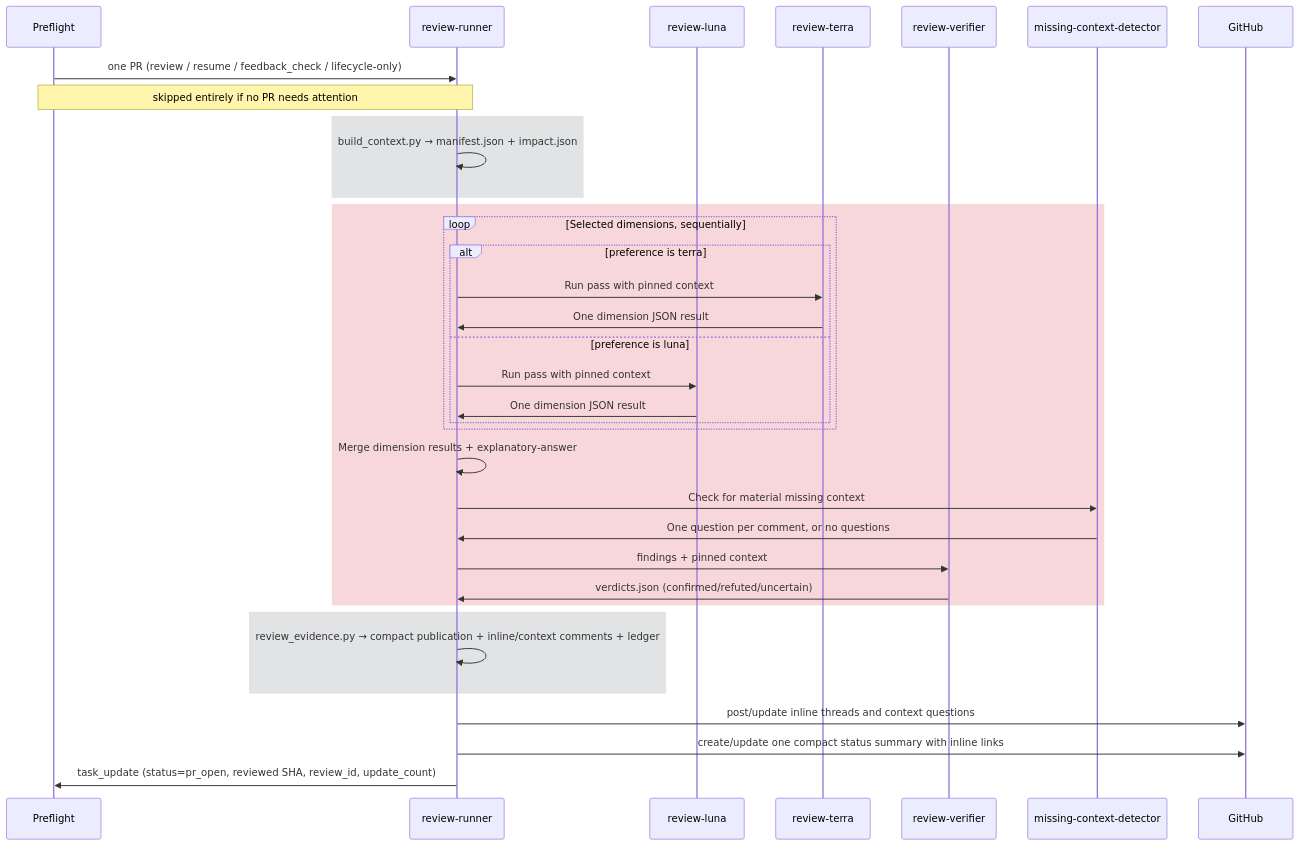
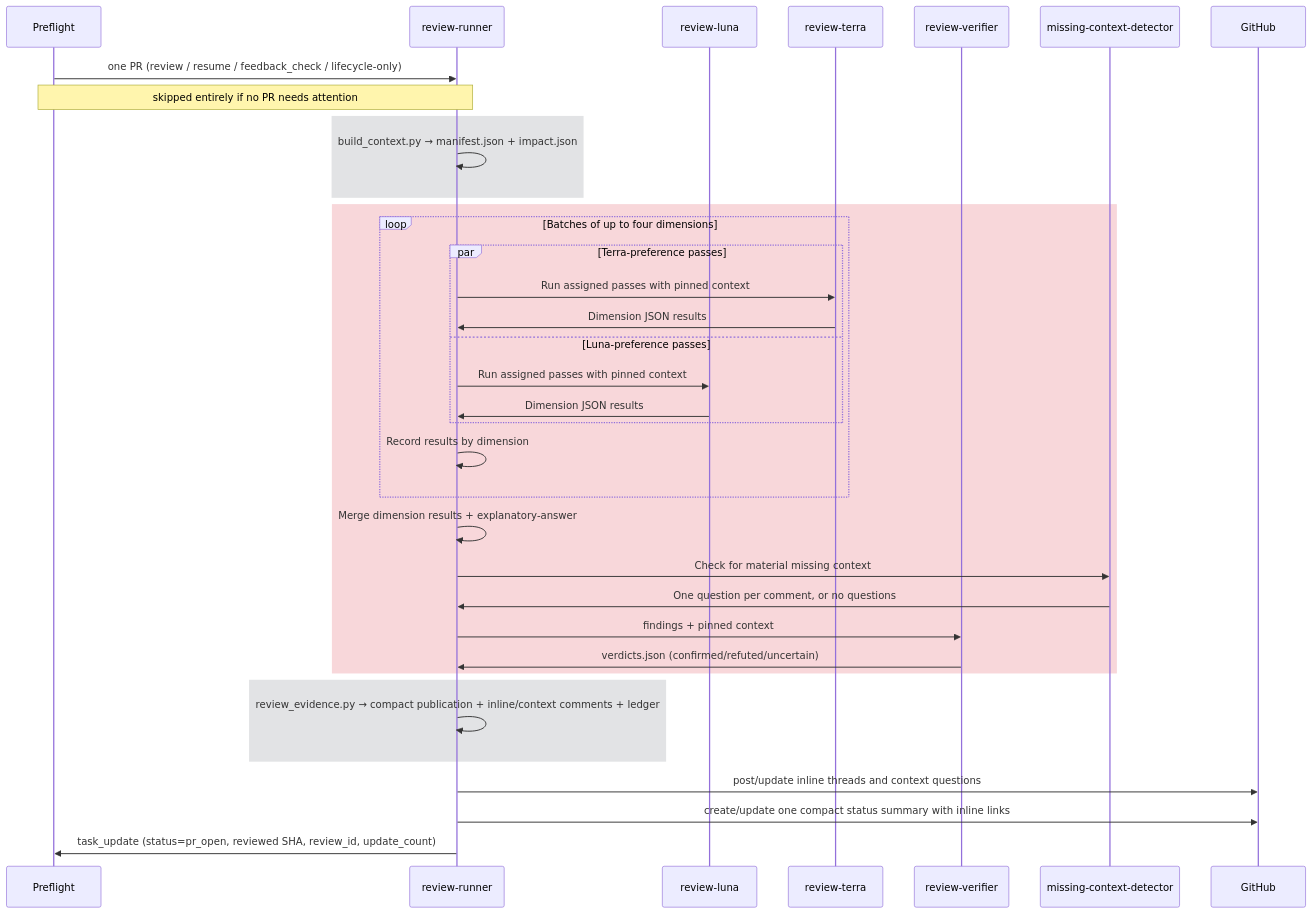
Before and after one commit to RedHatInsights/fabric-access-ai-dev: the fourth of 4 diagrams in instance/rbac-config-review/agent/workflows/review-only/WORKFLOW.md, drawn with Mermaid. The commit also changed other lines of this file and 4 other files, not shown here.

````diff
--- a/instance/rbac-config-review/agent/workflows/review-only/WORKFLOW.md
+++ b/instance/rbac-config-review/agent/workflows/review-only/WORKFLOW.md
@@ -273,38 +275,39 @@
 ```mermaid
 sequenceDiagram
     participant Q as Preflight
     participant R as review-runner
     participant L as review-luna
     participant T as review-terra
     participant V as review-verifier
     participant M as missing-context-detector
     participant GH as GitHub
 
     Q->>R: one PR (review / resume / feedback_check / lifecycle-only)
     Note over Q,R: skipped entirely if no PR needs attention
     rect rgb(226, 227, 229)
         R->>R: build_context.py → manifest.json + impact.json
     end
     rect rgb(248, 215, 218)
-        loop Selected dimensions, sequentially
-            alt preference is terra
-                R->>T: Run pass with pinned context
-                T->>R: One dimension JSON result
-            else preference is luna
-                R->>L: Run pass with pinned context
-                L->>R: One dimension JSON result
+        loop Batches of up to four dimensions
+            par Terra-preference passes
+                R->>T: Run assigned passes with pinned context
+                T->>R: Dimension JSON results
+            and Luna-preference passes
+                R->>L: Run assigned passes with pinned context
+                L->>R: Dimension JSON results
             end
+            R->>R: Record results by dimension
         end
         R->>R: Merge dimension results + explanatory-answer
         R->>M: Check for material missing context
         M->>R: One question per comment, or no questions
         R->>V: findings + pinned context
         V->>R: verdicts.json (confirmed/refuted/uncertain)
     end
     rect rgb(226, 227, 229)
         R->>R: review_evidence.py → compact publication + inline/context comments + ledger
     end
     R->>GH: post/update inline threads and context questions
     R->>GH: create/update one compact status summary with inline links
     R->>Q: task_update (status=pr_open, reviewed SHA, review_id, update_count)
 ```
````
